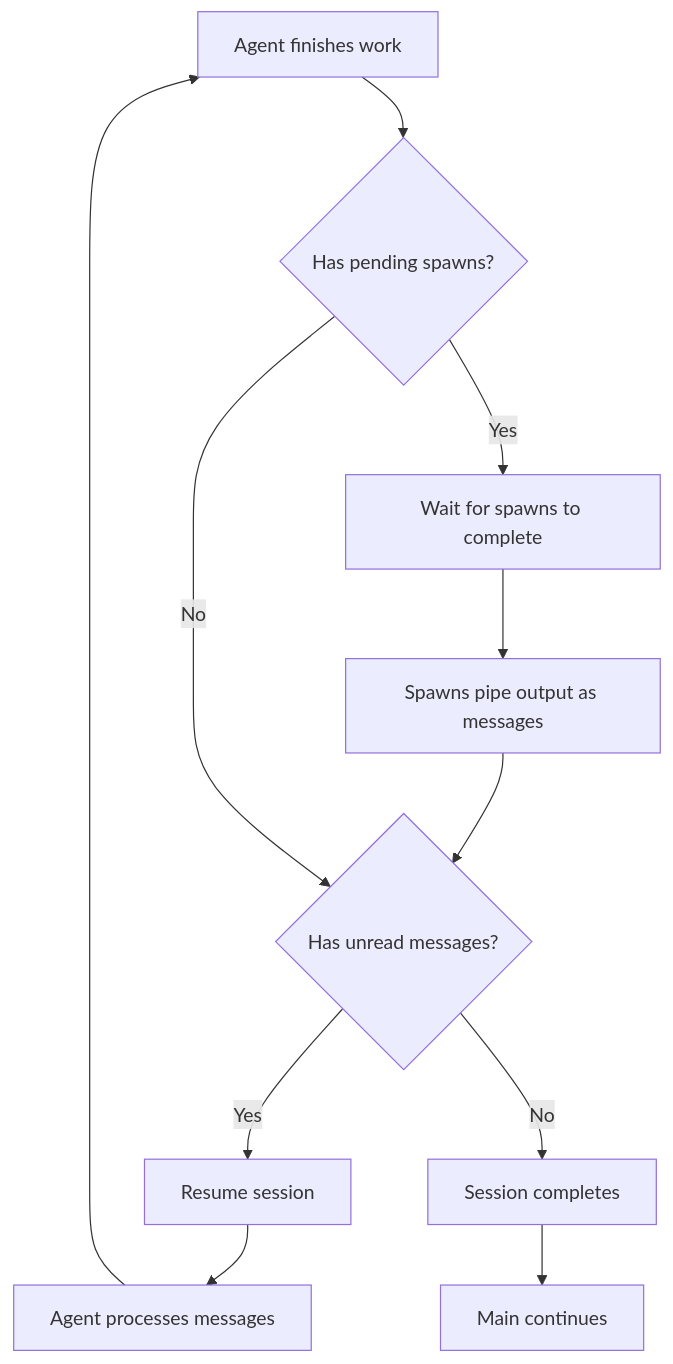
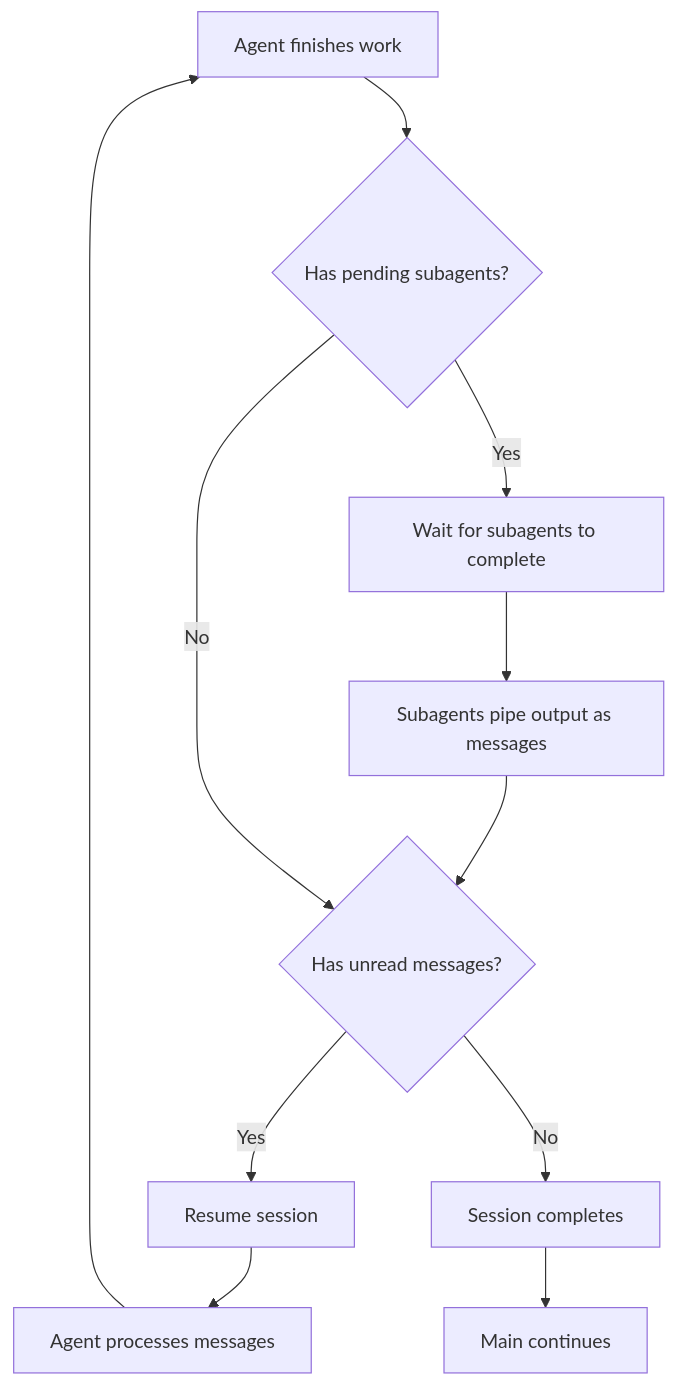
The second of 3 diagrams in README.md (spoons-and-mirrors/iam), drawn with Mermaid before and after one commit. The commit also changed other lines of this file and 8 other files, not shown here.

````diff
--- a/README.md
+++ b/README.md
@@ -103,13 +103,13 @@
 ```mermaid
 flowchart TD
-    A[Agent finishes work] --> B{Has pending spawns?}
-    B -->|Yes| C[Wait for spawns to complete]
-    C --> D[Spawns pipe output as messages]
+    A[Agent finishes work] --> B{Has pending subagents?}
+    B -->|Yes| C[Wait for subagents to complete]
+    C --> D[Subagents pipe output as messages]
     D --> E{Has unread messages?}
     B -->|No| E
     E -->|Yes| F[Resume session]
     F --> G[Agent processes messages]
     G --> A
     E -->|No| H[Session completes]
     H --> I[Main continues]
 ```
````
